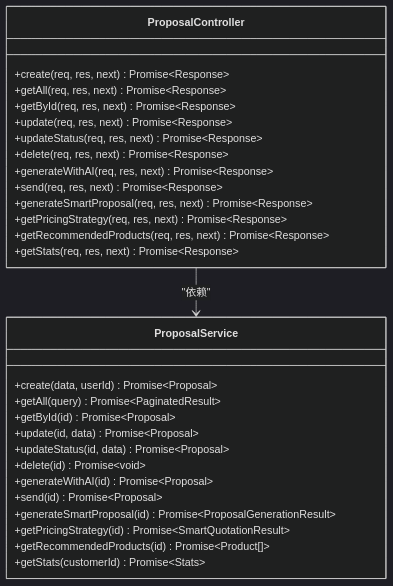
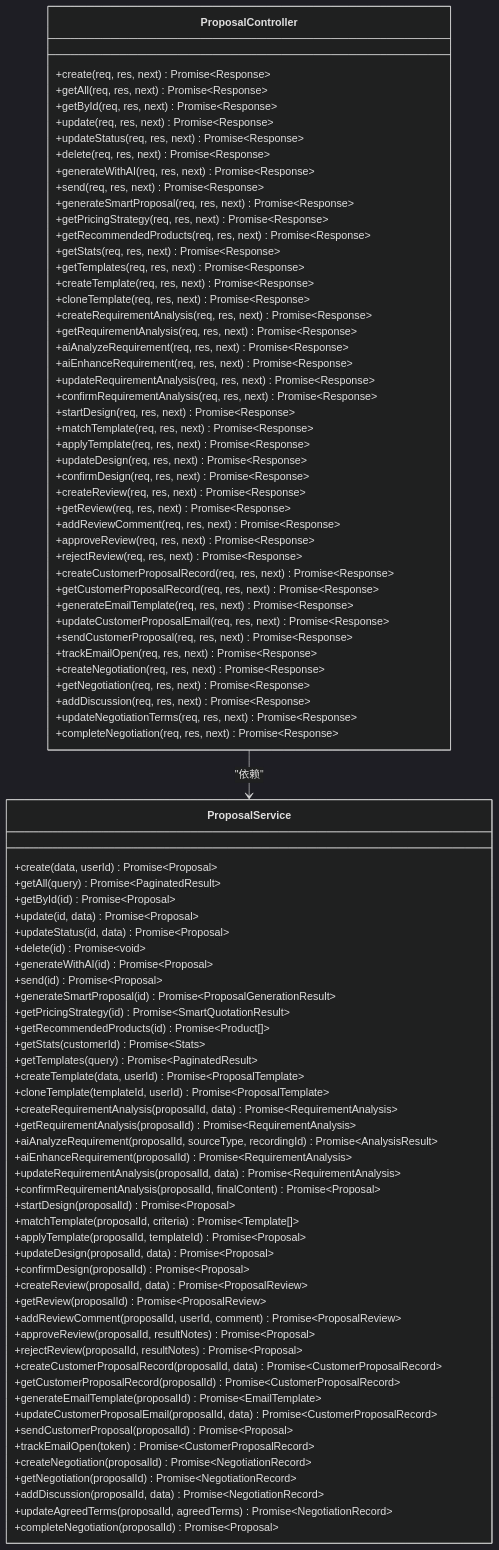
Before and after one commit to xianjianshenqu/SalesFlow-CRM: the second of 16 diagrams in .qoder/repowiki/zh/content/Proposal Controller.md, drawn with Mermaid (dark theme). The commit also changed other lines of this file and 13 other files, not shown here.

````diff
--- a/.qoder/repowiki/zh/content/Proposal Controller.md
+++ b/.qoder/repowiki/zh/content/Proposal Controller.md
@@ -118,6 +138,36 @@
 +getPricingStrategy(req, res, next) Promise~Response~
 +getRecommendedProducts(req, res, next) Promise~Response~
 +getStats(req, res, next) Promise~Response~
++getTemplates(req, res, next) Promise~Response~
++createTemplate(req, res, next) Promise~Response~
++cloneTemplate(req, res, next) Promise~Response~
++createRequirementAnalysis(req, res, next) Promise~Response~
++getRequirementAnalysis(req, res, next) Promise~Response~
++aiAnalyzeRequirement(req, res, next) Promise~Response~
++aiEnhanceRequirement(req, res, next) Promise~Response~
++updateRequirementAnalysis(req, res, next) Promise~Response~
++confirmRequirementAnalysis(req, res, next) Promise~Response~
++startDesign(req, res, next) Promise~Response~
++matchTemplate(req, res, next) Promise~Response~
++applyTemplate(req, res, next) Promise~Response~
++updateDesign(req, res, next) Promise~Response~
++confirmDesign(req, res, next) Promise~Response~
++createReview(req, res, next) Promise~Response~
++getReview(req, res, next) Promise~Response~
++addReviewComment(req, res, next) Promise~Response~
++approveReview(req, res, next) Promise~Response~
++rejectReview(req, res, next) Promise~Response~
++createCustomerProposalRecord(req, res, next) Promise~Response~
++getCustomerProposalRecord(req, res, next) Promise~Response~
++generateEmailTemplate(req, res, next) Promise~Response~
++updateCustomerProposalEmail(req, res, next) Promise~Response~
++sendCustomerProposal(req, res, next) Promise~Response~
++trackEmailOpen(req, res, next) Promise~Response~
++createNegotiation(req, res, next) Promise~Response~
++getNegotiation(req, res, next) Promise~Response~
++addDiscussion(req, res, next) Promise~Response~
++updateNegotiationTerms(req, res, next) Promise~Response~
++completeNegotiation(req, res, next) Promise~Response~
 }
 class ProposalService {
 +create(data, userId) Promise~Proposal~
@@ -132,6 +182,36 @@
 +getPricingStrategy(id) Promise~SmartQuotationResult~
 +getRecommendedProducts(id) Promise~Product[]~
 +getStats(customerId) Promise~Stats~
++getTemplates(query) Promise~PaginatedResult~
++createTemplate(data, userId) Promise~ProposalTemplate~
++cloneTemplate(templateId, userId) Promise~ProposalTemplate~
++createRequirementAnalysis(proposalId, data) Promise~RequirementAnalysis~
++getRequirementAnalysis(proposalId) Promise~RequirementAnalysis~
++aiAnalyzeRequirement(proposalId, sourceType, recordingId) Promise~AnalysisResult~
++aiEnhanceRequirement(proposalId) Promise~RequirementAnalysis~
++updateRequirementAnalysis(proposalId, data) Promise~RequirementAnalysis~
++confirmRequirementAnalysis(proposalId, finalContent) Promise~Proposal~
++startDesign(proposalId) Promise~Proposal~
++matchTemplate(proposalId, criteria) Promise~Template[]~
++applyTemplate(proposalId, templateId) Promise~Proposal~
++updateDesign(proposalId, data) Promise~Proposal~
++confirmDesign(proposalId) Promise~Proposal~
++createReview(proposalId, data) Promise~ProposalReview~
++getReview(proposalId) Promise~ProposalReview~
++addReviewComment(proposalId, userId, comment) Promise~ProposalReview~
++approveReview(proposalId, resultNotes) Promise~Proposal~
++rejectReview(proposalId, resultNotes) Promise~Proposal~
++createCustomerProposalRecord(proposalId, data) Promise~CustomerProposalRecord~
++getCustomerProposalRecord(proposalId) Promise~CustomerProposalRecord~
++generateEmailTemplate(proposalId) Promise~EmailTemplate~
++updateCustomerProposalEmail(proposalId, data) Promise~CustomerProposalRecord~
++sendCustomerProposal(proposalId) Promise~Proposal~
++trackEmailOpen(token) Promise~CustomerProposalRecord~
++createNegotiation(proposalId) Promise~NegotiationRecord~
++getNegotiation(proposalId) Promise~NegotiationRecord~
++addDiscussion(proposalId, data) Promise~NegotiationRecord~
++updateAgreedTerms(proposalId, agreedTerms) Promise~NegotiationRecord~
++completeNegotiation(proposalId) Promise~Proposal~
 }
 ProposalController --> ProposalService : "依赖"
 ```
````
